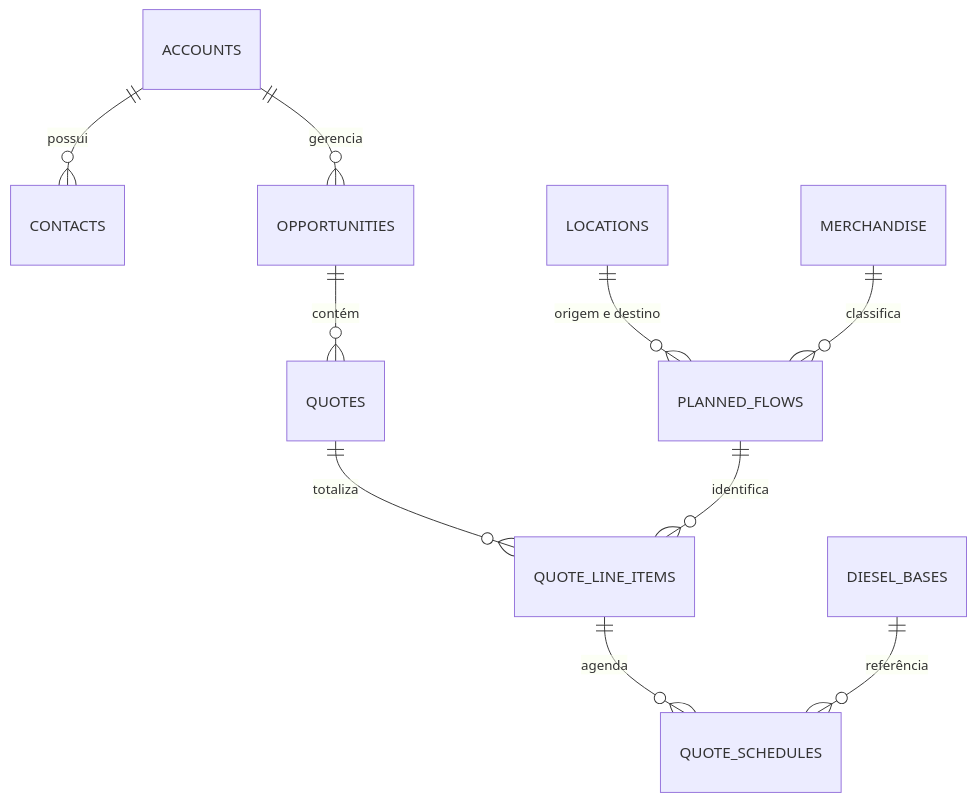
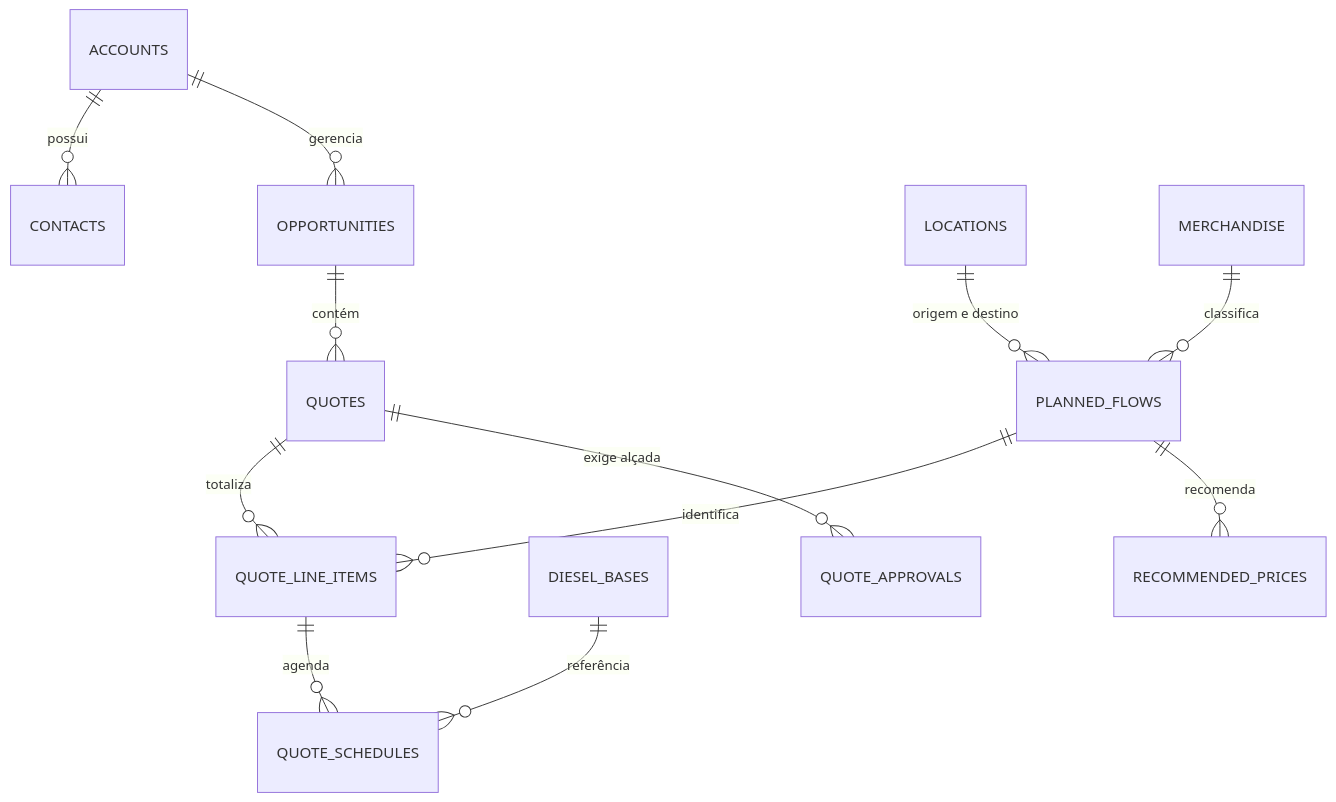
Before and after one commit to kiltonfernandes/vli-sf-playground: the diagram in README.md, drawn with Mermaid. The commit also changed other lines of this file and 2 other files, not shown here.

Commit message:
v4.18.04 → v5.19.04 | docs: changelog, tutorial e versionamento da alçada

````diff
--- a/README.md
+++ b/README.md
@@ -171,12 +184,14 @@
 ```mermaid
 erDiagram
     ACCOUNTS ||--o{ CONTACTS : "possui"
     ACCOUNTS ||--o{ OPPORTUNITIES : "gerencia"
     OPPORTUNITIES ||--o{ QUOTES : "contém"
     QUOTES ||--o{ QUOTE_LINE_ITEMS : "totaliza"
     PLANNED_FLOWS ||--o{ QUOTE_LINE_ITEMS : "identifica"
     QUOTE_LINE_ITEMS ||--o{ QUOTE_SCHEDULES : "agenda"
     LOCATIONS ||--o{ PLANNED_FLOWS : "origem e destino"
     MERCHANDISE ||--o{ PLANNED_FLOWS : "classifica"
     DIESEL_BASES ||--o{ QUOTE_SCHEDULES : "referência"
+    PLANNED_FLOWS ||--o{ RECOMMENDED_PRICES : "recomenda"
+    QUOTES ||--o{ QUOTE_APPROVALS : "exige alçada"
 ```
````
